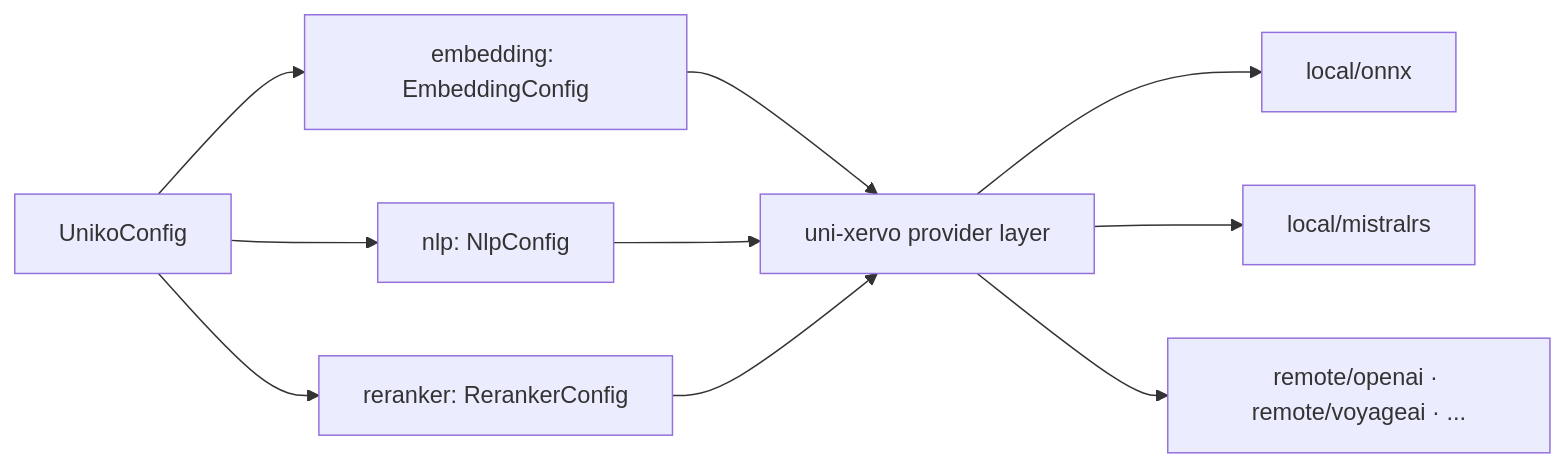
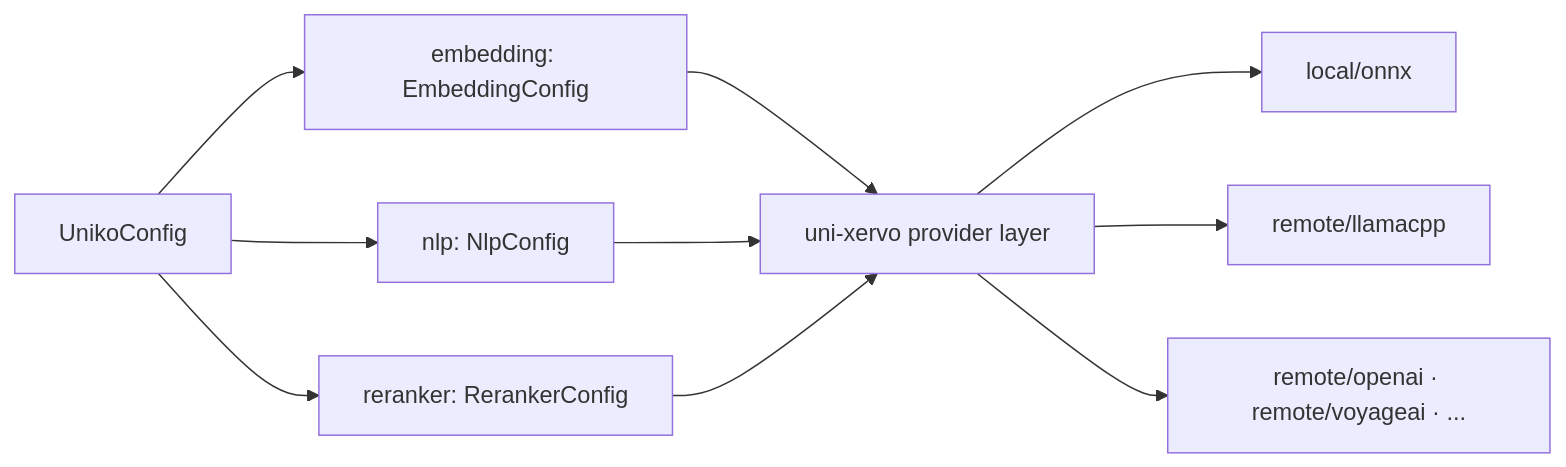
Before and after one commit to rustic-ai/uniko: the diagram in website/docs/guides/configuration.md, drawn with Mermaid. The commit also changed other lines of this file and 17 other files, not shown here.

First line of the commit message:
docs: point stale mistralrs references at llamacpp

````diff
--- a/website/docs/guides/configuration.md
+++ b/website/docs/guides/configuration.md
@@ -37,12 +37,12 @@
 ```mermaid
 flowchart LR
     UC[UnikoConfig] --> E[embedding: EmbeddingConfig]
     UC --> N[nlp: NlpConfig]
     UC --> R[reranker: RerankerConfig]
     E --> X[uni-xervo provider layer]
     N --> X
     R --> X
     X --> ONNX[local/onnx]
-    X --> MRS[local/mistralrs]
+    X --> LCP[remote/llamacpp]
     X --> REMOTE[remote/openai · remote/voyageai · ...]
 ```
````
